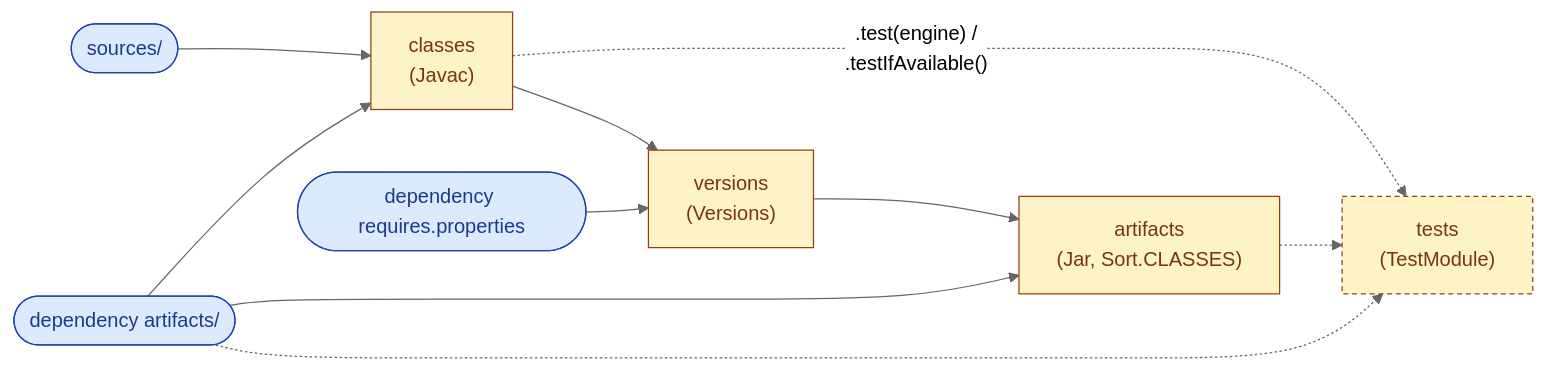
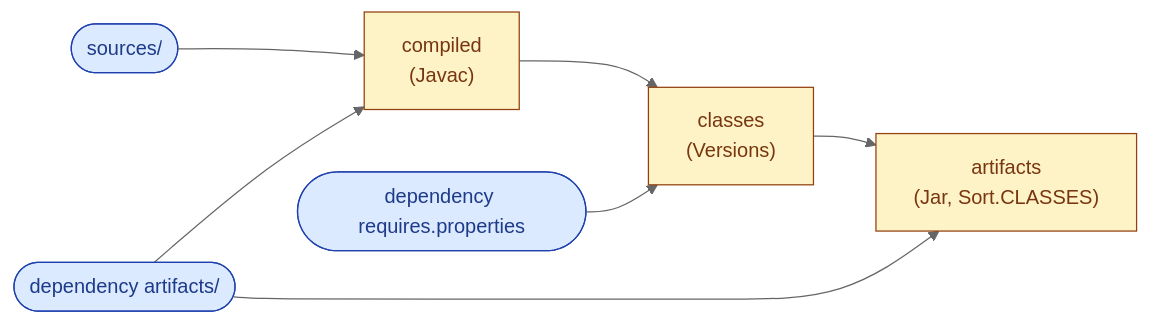
Before and after one commit to raphw/jenesis: the first of 6 diagrams in README.md, drawn with Mermaid (neutral theme). The commit also changed other lines of this file and 1 other file, not shown here.

````diff
--- a/README.md
+++ b/README.md
@@ -641,22 +643,17 @@
 ```mermaid
 flowchart LR
   classDef input fill:#dbeafe,stroke:#1e40af,color:#1e3a8a;
   classDef step fill:#fef3c7,stroke:#92400e,color:#78350f;
-  classDef optional fill:#fef3c7,stroke:#92400e,color:#78350f,stroke-dasharray:4 3;
   src(["sources/"]):::input
   arts(["dependency artifacts/"]):::input
   req(["dependency requires.properties"]):::input
-  classes["classes<br/>(Javac)"]:::step
-  versions["versions<br/>(Versions)"]:::step
+  classes["compiled<br/>(Javac)"]:::step
+  versions["classes<br/>(Versions)"]:::step
   artifacts["artifacts<br/>(Jar, Sort.CLASSES)"]:::step
-  tests["tests<br/>(TestModule)"]:::optional
   src --> classes
   arts --> classes
   classes --> versions
   req --> versions
   versions --> artifacts
   arts --> artifacts
-  classes -.->|".test(engine) /<br/>.testIfAvailable()"| tests
-  artifacts -.-> tests
-  arts -.-> tests
 ```
````
